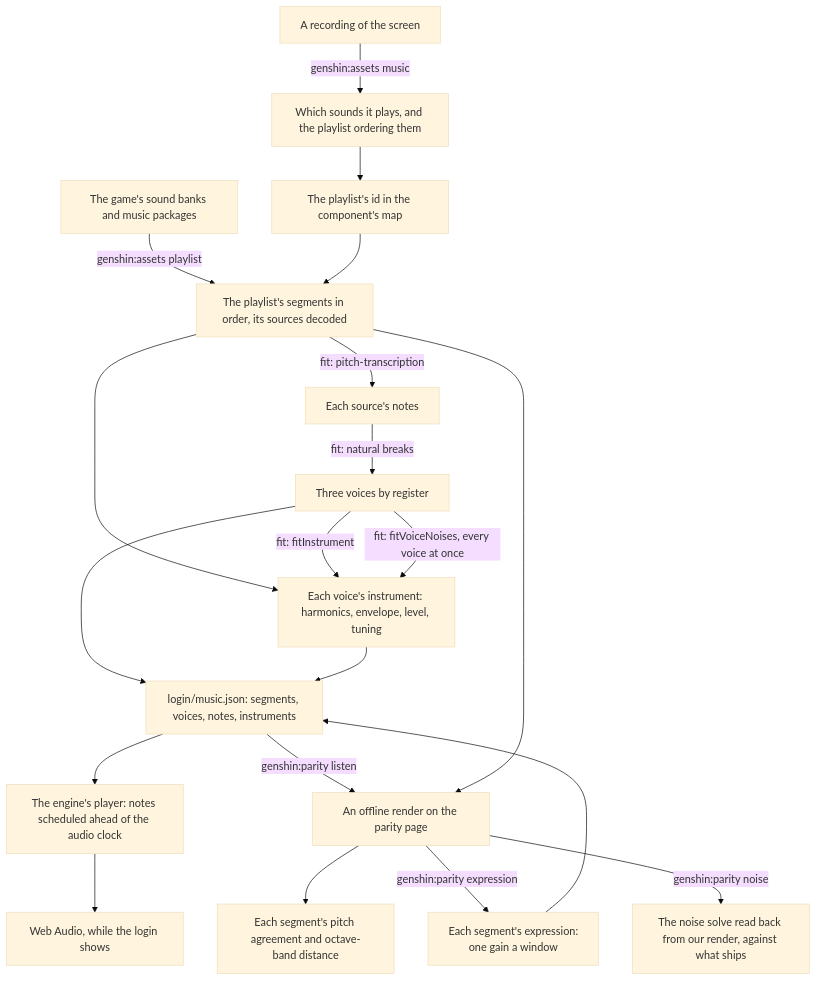
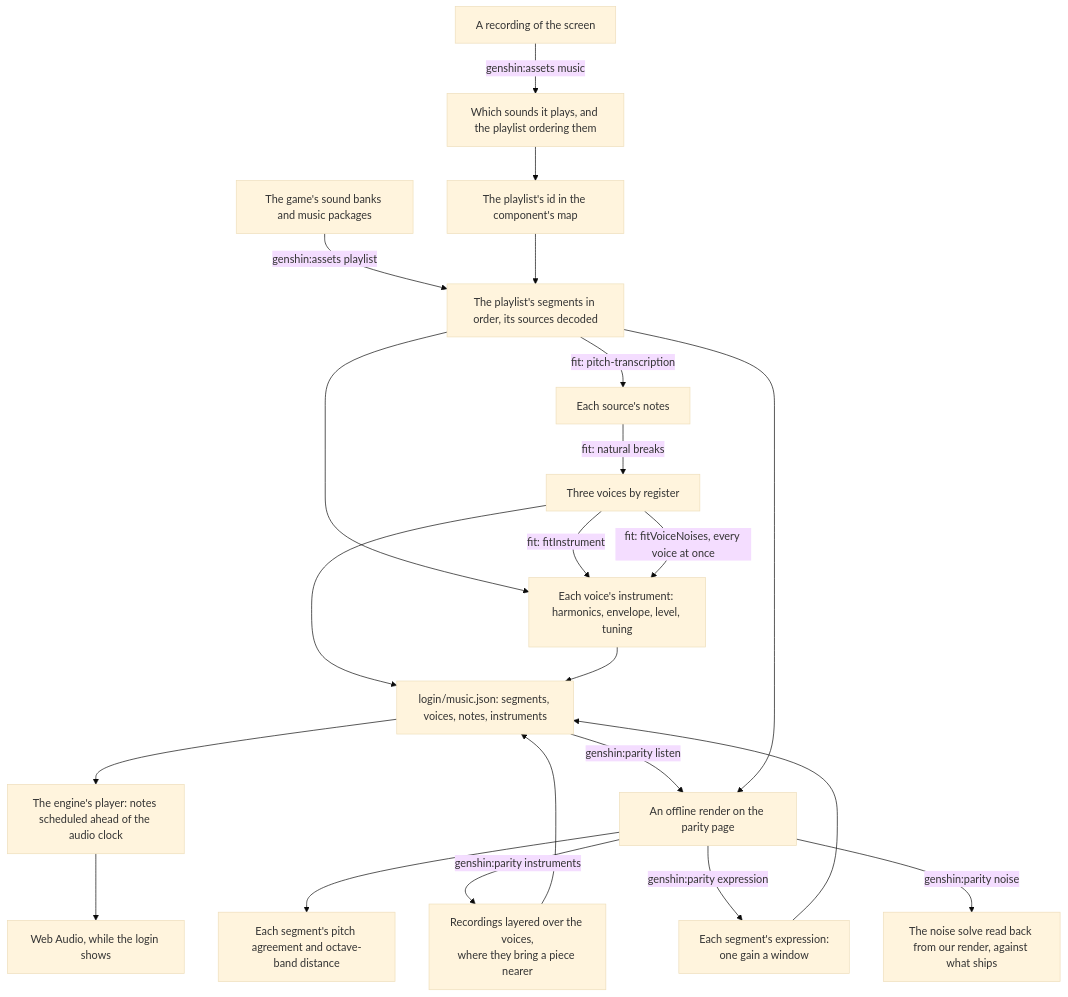
Before and after one commit to Esposter/Esposter: the diagram in apps/web/content/docs/genshin/music.md, drawn with Mermaid (base theme). The commit also changed other lines of this file and 67 other files, not shown here.

First line of the commit message:
feat(genshin): the login's second piece plays a folk harp and hand chimes layered over its synthesizer

````diff
--- a/apps/web/content/docs/genshin/music.md
+++ b/apps/web/content/docs/genshin/music.md
@@ -12,22 +12,24 @@
 ```mermaid
 flowchart TD
   R["A recording of the screen"] -->|"genshin:assets music"| S["Which sounds it plays, and the playlist ordering them"]
   S --> M["The playlist's id in the component's map"]
   B["The game's sound banks and music packages"] -->|"genshin:assets playlist"| P["The playlist's segments in order, its sources decoded"]
   M --> P
   P -->|"fit: pitch-transcription"| N["Each source's notes"]
   N -->|"fit: natural breaks"| V["Three voices by register"]
   P --> I
   V -->|"fit: fitInstrument"| I["Each voice's instrument: harmonics, envelope, level, tuning"]
   V -->|"fit: fitVoiceNoises, every voice at once"| I
   V --> J["login/music.json: segments, voices, notes, instruments"]
   I --> J
   J --> E["The engine's player: notes scheduled ahead of the audio clock"]
   E --> W["Web Audio, while the login shows"]
   J -->|"genshin:parity listen"| L["An offline render on the parity page"]
   P --> L
   L --> C["Each segment's pitch agreement and octave-band distance"]
+  L -->|"genshin:parity instruments"| K["Recordings layered over the voices,<br/>where they bring a piece nearer"]
+  K --> J
   L -->|"genshin:parity expression"| X["Each segment's expression:<br/>one gain a window"]
   X --> J
   L -->|"genshin:parity noise"| R2["The noise solve read back from our render, against what ships"]
 ```
````
